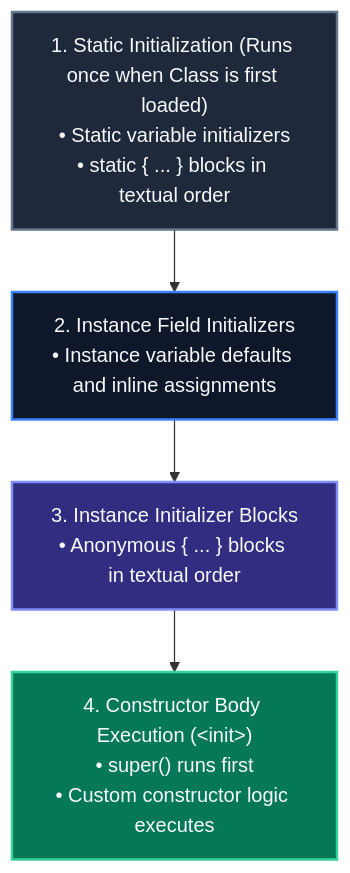
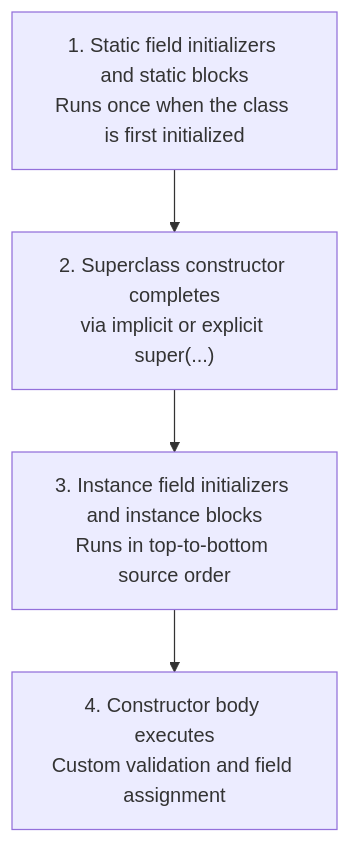
The second of 3 diagrams in content/roadmap/level-1/classes-and-objects.md (ravishankar2463/java_hub), drawn with Mermaid before and after one commit. The commit also changed other lines of this file and 119 other files, not shown here.

Commit message:
feat: add comprehensive java learning roadmap content across multiple levels

````diff
--- a/content/roadmap/level-1/classes-and-objects.md
+++ b/content/roadmap/level-1/classes-and-objects.md
@@ -130,11 +363,6 @@
 ```mermaid
 flowchart TD
-    Step1["1. Static Initialization (Runs once when Class is first loaded)<br/>• Static variable initializers<br/>• static { ... } blocks in textual order"] --> Step2["2. Instance Field Initializers<br/>• Instance variable defaults and inline assignments"]
-    Step2 --> Step3["3. Instance Initializer Blocks<br/>• Anonymous { ... } blocks in textual order"]
-    Step3 --> Step4["4. Constructor Body Execution (&lt;init&gt;)<br/>• super() runs first<br/>• Custom constructor logic executes"]
-
-    style Step1 fill:#1e293b,stroke:#64748b,stroke-width:2px,color:#f8fafc
-    style Step2 fill:#0f172a,stroke:#3b82f6,stroke-width:2px,color:#f8fafc
-    style Step3 fill:#312e81,stroke:#818cf8,stroke-width:2px,color:#f8fafc
-    style Step4 fill:#047857,stroke:#34d399,stroke-width:2px,color:#f8fafc
+    s1["1. Static field initializers and static blocks<br/>Runs once when the class is first initialized"] --> s2["2. Superclass constructor completes<br/>via implicit or explicit super(...)"]
+    s2 --> s3["3. Instance field initializers and instance blocks<br/>Runs in top-to-bottom source order"]
+    s3 --> s4["4. Constructor body executes<br/>Custom validation and field assignment"]
 ```
````
